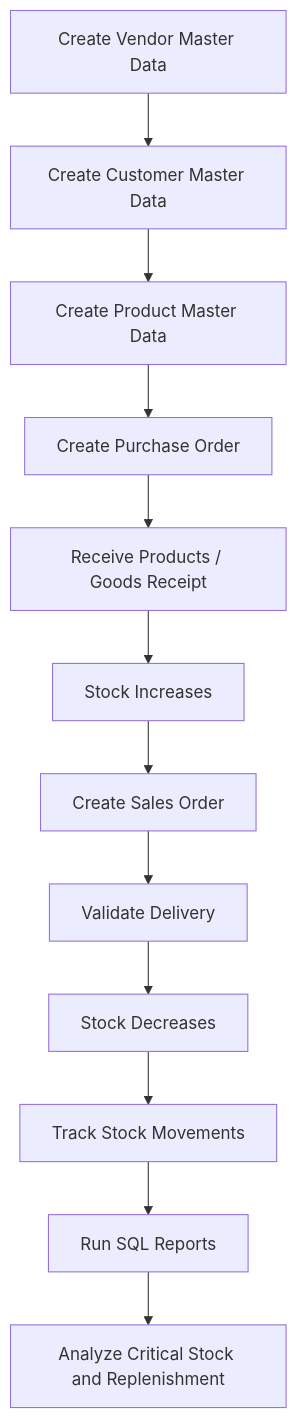
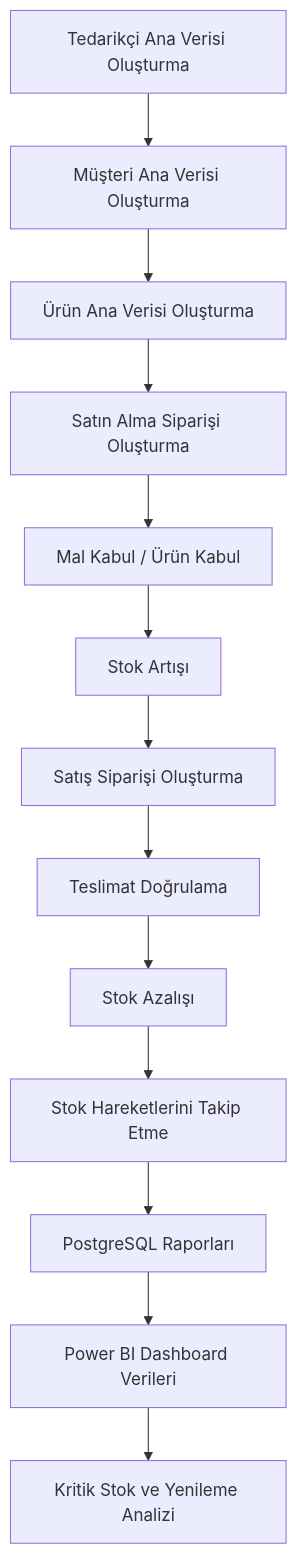
The diagram in docs/process_flow.md (aysesudegul/erpsample), drawn with Mermaid before and after one commit. The commit also changed other lines of this file and 20 other files, not shown here.

````diff
--- a/docs/process_flow.md
+++ b/docs/process_flow.md
@@ -7,14 +7,15 @@
 ```mermaid
 flowchart TD
-    A["Create Vendor Master Data"] --> B["Create Customer Master Data"]
-    B --> C["Create Product Master Data"]
-    C --> D["Create Purchase Order"]
-    D --> E["Receive Products / Goods Receipt"]
-    E --> F["Stock Increases"]
-    F --> G["Create Sales Order"]
-    G --> H["Validate Delivery"]
-    H --> I["Stock Decreases"]
-    I --> J["Track Stock Movements"]
-    J --> K["Run SQL Reports"]
-    K --> L["Analyze Critical Stock and Replenishment"]
+    A["Tedarikçi Ana Verisi Oluşturma"] --> B["Müşteri Ana Verisi Oluşturma"]
+    B --> C["Ürün Ana Verisi Oluşturma"]
+    C --> D["Satın Alma Siparişi Oluşturma"]
+    D --> E["Mal Kabul / Ürün Kabul"]
+    E --> F["Stok Artışı"]
+    F --> G["Satış Siparişi Oluşturma"]
+    G --> H["Teslimat Doğrulama"]
+    H --> I["Stok Azalışı"]
+    I --> J["Stok Hareketlerini Takip Etme"]
+    J --> K["PostgreSQL Raporları"]
+    K --> L["Power BI Dashboard Verileri"]
+    L --> M["Kritik Stok ve Yenileme Analizi"]
 ```
````
